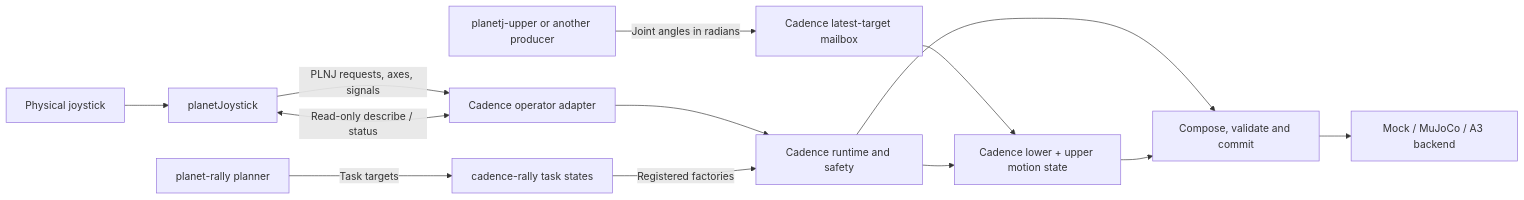
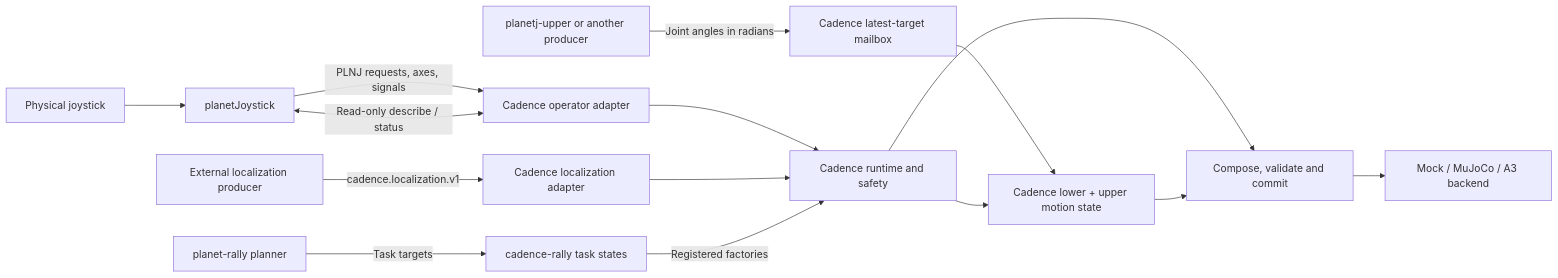
Before and after one commit to Renforce-Dynamics/cadence: the first of 2 diagrams in docs/architecture.md, drawn with Mermaid. The commit also changed other lines of this file and 34 other files, not shown here.

Commit message:
Add standalone deployments, A3 backend and external localization

````diff
--- a/docs/architecture.md
+++ b/docs/architecture.md
@@ -25,15 +30,17 @@
 ```mermaid
 flowchart LR
     Device[Physical joystick] --> J[planetJoystick]
     J -->|PLNJ requests, axes, signals| O[Cadence operator adapter]
     J <-->|Read-only describe / status| O
     U[planetj-upper or another producer] -->|Joint angles in radians| M[Cadence latest-target mailbox]
+    E[External localization producer] -->|cadence.localization.v1| R[Cadence localization adapter]
     O --> K[Cadence runtime and safety]
+    R --> K
     M --> L[Cadence lower + upper motion state]
     T[cadence-rally task states] -->|Registered factories| K
     P[planet-rally planner] -->|Task targets| T
     K --> L
     K --> C[Compose, validate and commit]
     L --> C
     C --> B[Mock / MuJoCo / A3 backend]
 ```
````
